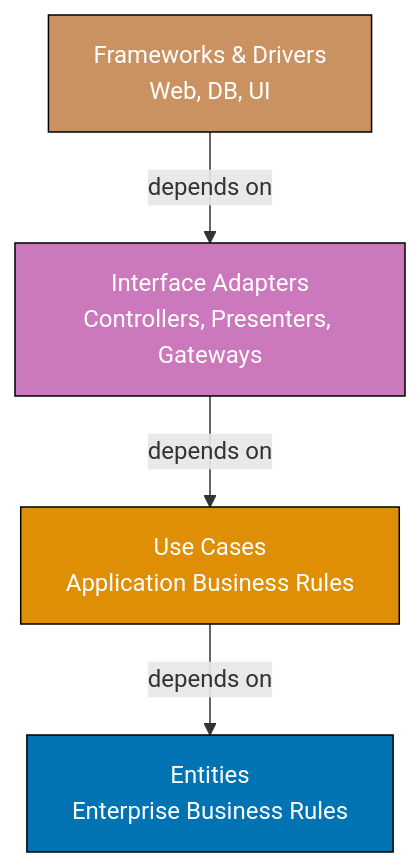
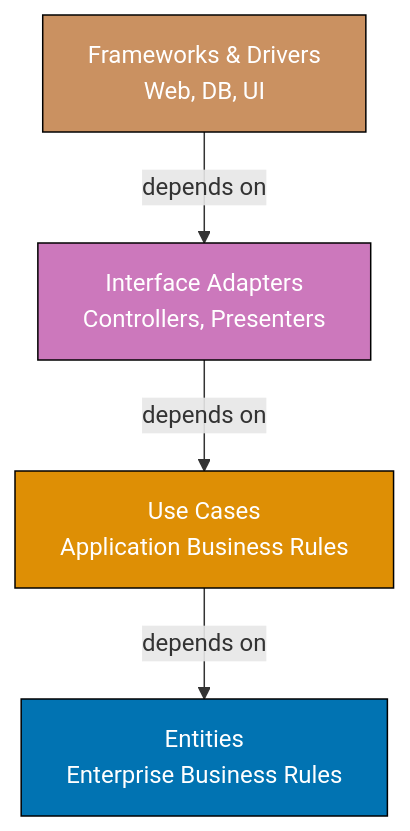
Before and after one commit to wahidyankf/open-sharia-enterprise: the second of 10 diagrams in apps/ayokoding-web/content/en/learn/software-engineering/architecture/by-example/intermediate.md, drawn with Mermaid. The commit also changed other lines of this file and 16 other files, not shown here.

First line of the commit message:
fix(content): fix 46 pre-existing Mermaid violations in tutorial files

````diff
--- a/apps/ayokoding-web/content/en/learn/software-engineering/architecture/by-example/intermediate.md
+++ b/apps/ayokoding-web/content/en/learn/software-engineering/architecture/by-example/intermediate.md
@@ -131,17 +131,17 @@
 ```mermaid
 %% Color Palette: Blue #0173B2, Orange #DE8F05, Teal #029E73, Purple #CC78BC, Brown #CA9161
 graph TD
     A["Frameworks & Drivers<br/>Web, DB, UI"]
-    B["Interface Adapters<br/>Controllers, Presenters, Gateways"]
+    B["Interface Adapters<br/>Controllers, Presenters"]
     C["Use Cases<br/>Application Business Rules"]
     D["Entities<br/>Enterprise Business Rules"]
 
     A -->|depends on| B
     B -->|depends on| C
     C -->|depends on| D
 
     style A fill:#CA9161,stroke:#000,color:#fff
     style B fill:#CC78BC,stroke:#000,color:#fff
     style C fill:#DE8F05,stroke:#000,color:#fff
     style D fill:#0173B2,stroke:#000,color:#fff
 ```
````
